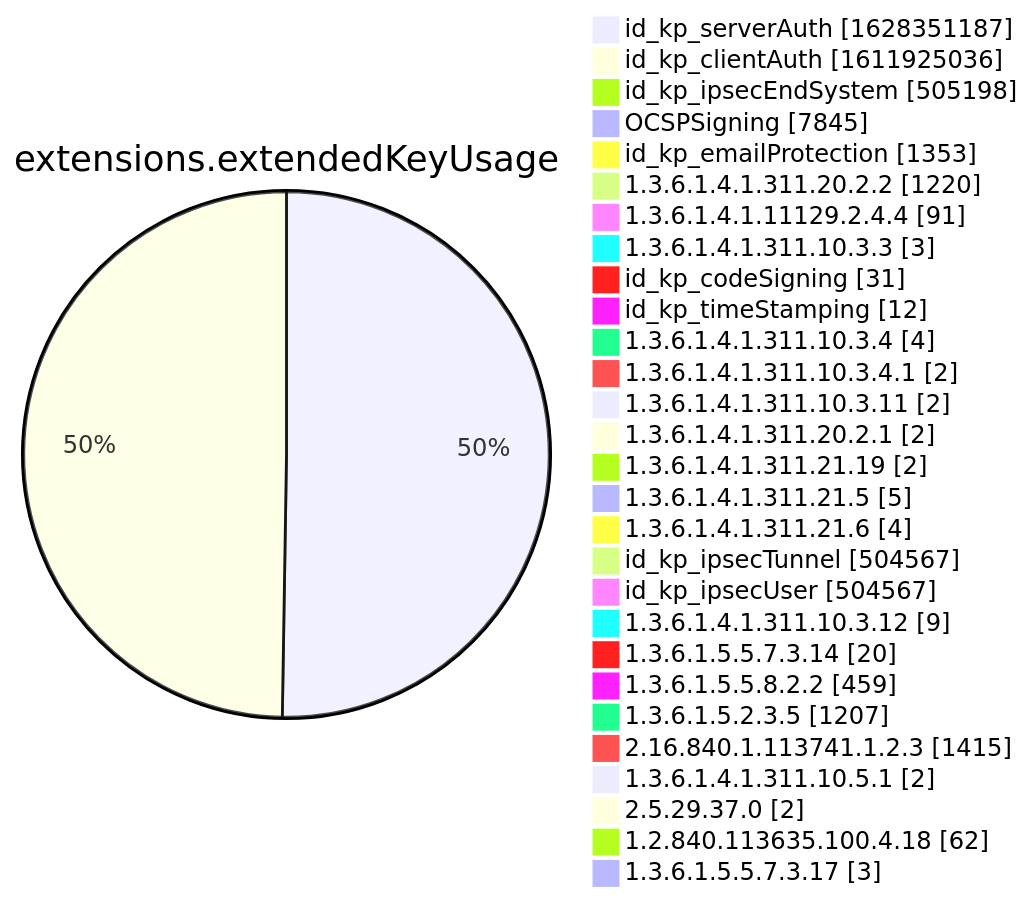
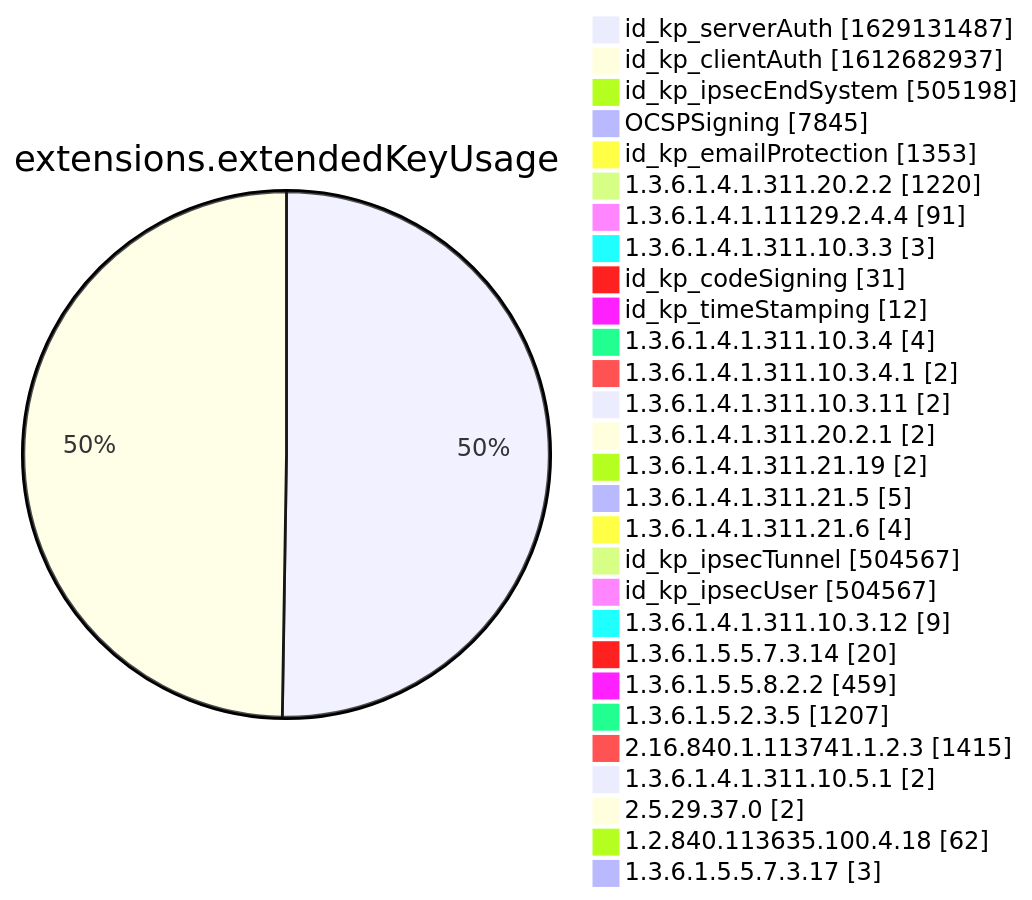
Before and after one commit to christiankrug/ctmonitor_visualization: diagram 12 of 15 in xenon2022/README.md, drawn with Mermaid. The commit also changed other lines of this file, not shown here.

````diff
--- a/xenon2022/README.md
+++ b/xenon2022/README.md
@@ -3886,32 +3886,32 @@
 ```mermaid
 pie showData
 title extensions.extendedKeyUsage
-"id_kp_serverAuth" :1628351187
-"id_kp_clientAuth" :1611925036
+"id_kp_serverAuth" :1629131487
+"id_kp_clientAuth" :1612682937
 "id_kp_ipsecEndSystem" :505198
 "OCSPSigning" :7845
 "id_kp_emailProtection" :1353
 "1.3.6.1.4.1.311.20.2.2" :1220
 "1.3.6.1.4.1.11129.2.4.4" :91
 "1.3.6.1.4.1.311.10.3.3" :3
 "id_kp_codeSigning" :31
 "id_kp_timeStamping" :12
 "1.3.6.1.4.1.311.10.3.4" :4
 "1.3.6.1.4.1.311.10.3.4.1" :2
 "1.3.6.1.4.1.311.10.3.11" :2
 "1.3.6.1.4.1.311.20.2.1" :2
 "1.3.6.1.4.1.311.21.19" :2
 "1.3.6.1.4.1.311.21.5" :5
 "1.3.6.1.4.1.311.21.6" :4
 "id_kp_ipsecTunnel" :504567
 "id_kp_ipsecUser" :504567
 "1.3.6.1.4.1.311.10.3.12" :9
 "1.3.6.1.5.5.7.3.14" :20
 "1.3.6.1.5.5.8.2.2" :459
 "1.3.6.1.5.2.3.5" :1207
 "2.16.840.1.113741.1.2.3" :1415
 "1.3.6.1.4.1.311.10.5.1" :2
 "2.5.29.37.0" :2
 "1.2.840.113635.100.4.18" :62
 "1.3.6.1.5.5.7.3.17" :3
 ```
````
